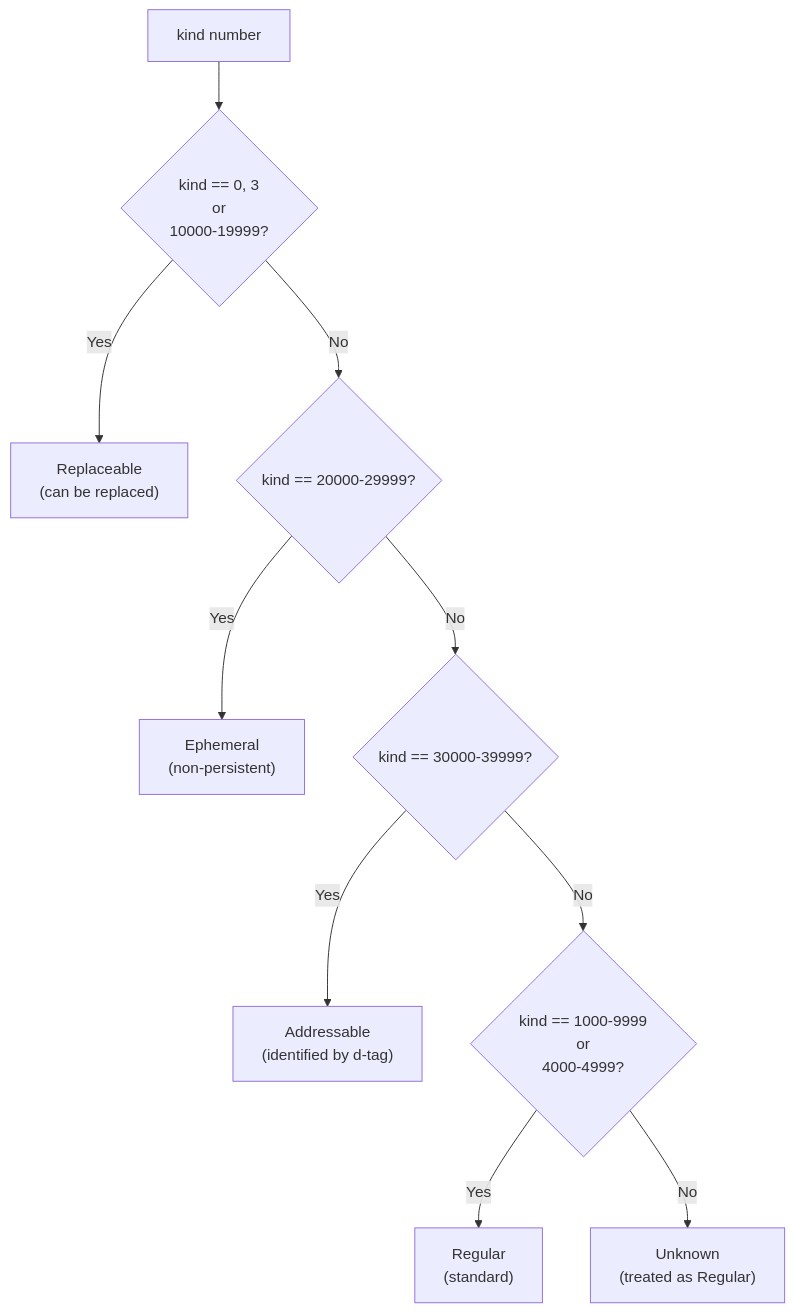
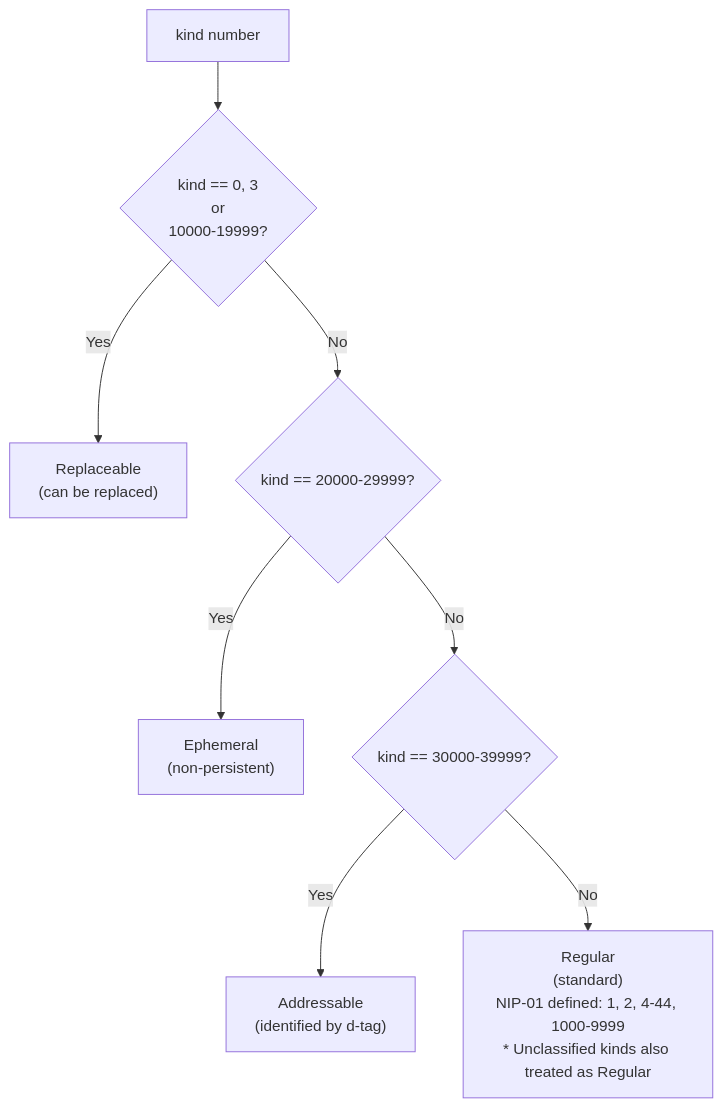
Before and after one commit to ikuradon/tsunagiya: the ninth of 15 diagrams in docs/en/reference/architecture.md, drawn with Mermaid. The commit also changed 7 other files, not shown here.

````diff
--- a/docs/en/reference/architecture.md
+++ b/docs/en/reference/architecture.md
@@ -297,12 +297,10 @@
 ```mermaid
 flowchart TD
     Start["kind number"] --> R1{"kind == 0, 3\nor\n10000-19999?"}
     R1 -->|"Yes"| Replaceable["Replaceable\n(can be replaced)"]
     R1 -->|"No"| R2{"kind == 20000-29999?"}
     R2 -->|"Yes"| Ephemeral["Ephemeral\n(non-persistent)"]
     R2 -->|"No"| R3{"kind == 30000-39999?"}
     R3 -->|"Yes"| Addressable["Addressable\n(identified by d-tag)"]
-    R3 -->|"No"| R4{"kind == 1000-9999\nor\n4000-4999?"}
-    R4 -->|"Yes"| Regular["Regular\n(standard)"]
-    R4 -->|"No"| Unknown["Unknown\n(treated as Regular)"]
+    R3 -->|"No"| Regular["Regular\n(standard)\nNIP-01 defined: 1, 2, 4-44, 1000-9999\n* Unclassified kinds also treated as Regular"]
 ```
````
